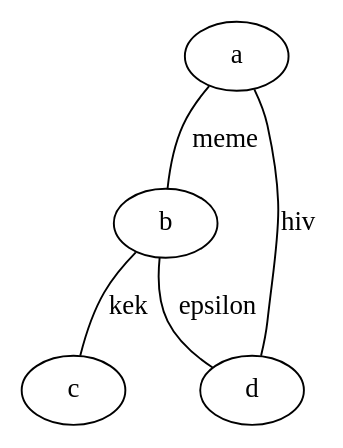
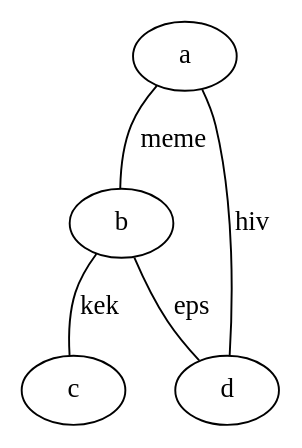
The diagram in test.dot (Katchau/COMP-AutoAnalyze.Dot), drawn with Graphviz before and after one commit. The commit also changed 4 other files, not shown here.

```diff
--- a/test.dot
+++ b/test.dot
@@ -1,6 +1,6 @@
 graph graphname { 
                 a -- b [label="meme"]; 
                 b -- c [label="kek"];
-                b -- d [label="epsilon"];
+                b -- d [label="eps"];
                 d -- a [label="hiv"];
         }
```
